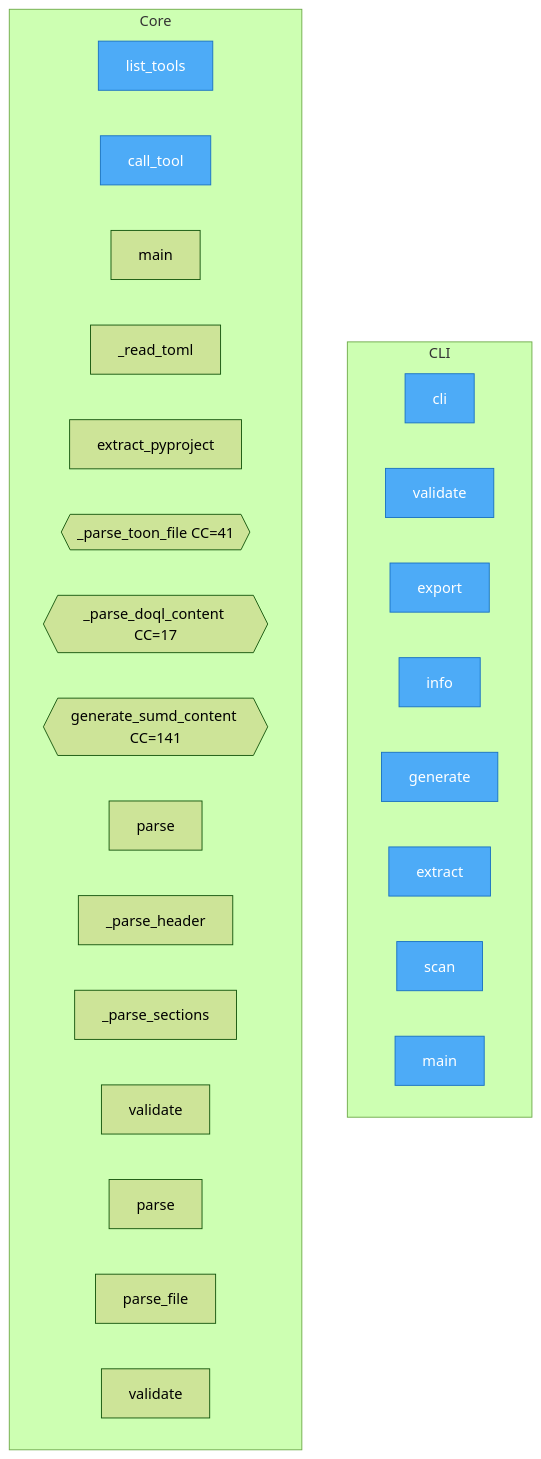
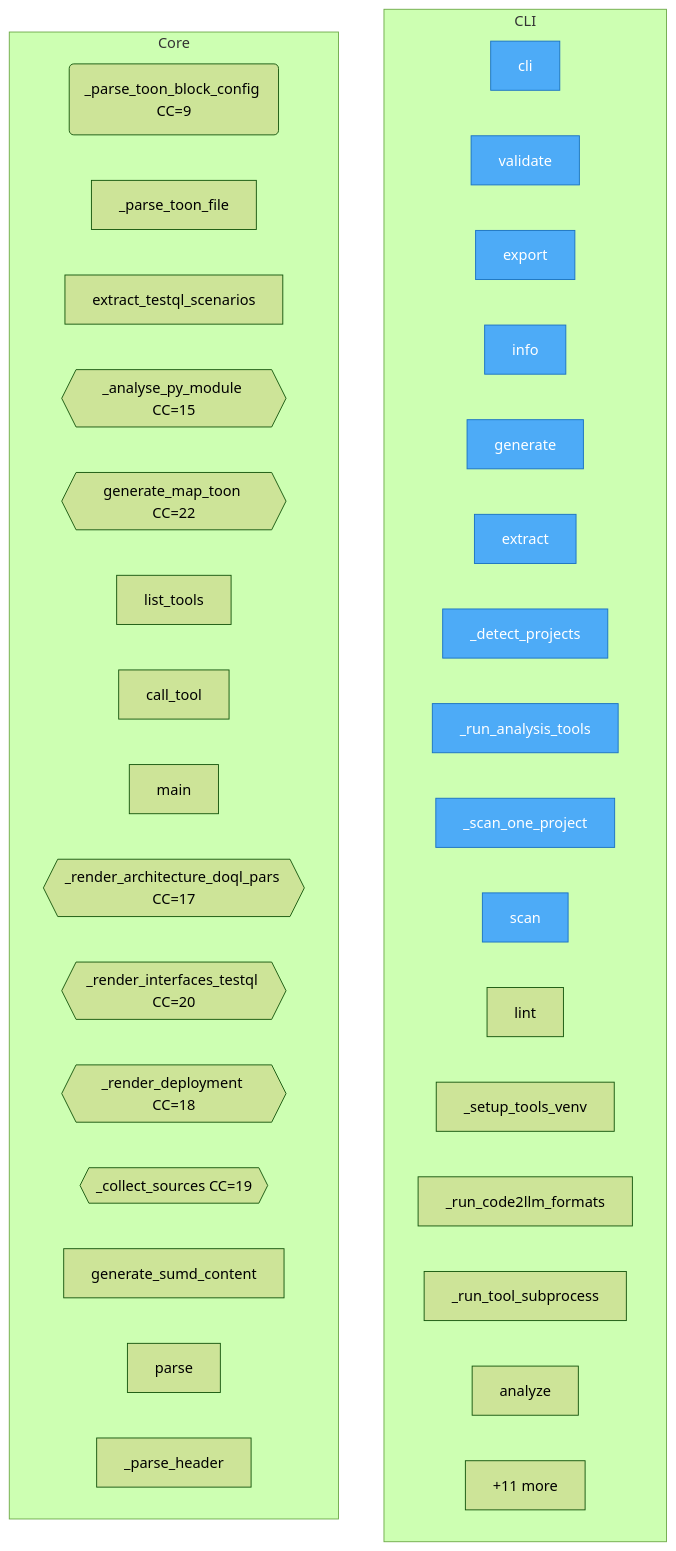
The diagram in project/flow.mmd (oqlos/statement), drawn with Mermaid (forest theme) before and after one commit. The commit also changed 36 other files, not shown here.

```diff
--- a/project/flow.mmd
+++ b/project/flow.mmd
@@ -1,35 +1,44 @@
 flowchart TD
 
     %% Entry points (blue)
     classDef entry fill:#4dabf7,stroke:#1971c2,color:#fff
 
     subgraph CLI
         sumd__cli__cli["cli"]
         sumd__cli__validate["validate"]
         sumd__cli__export["export"]
         sumd__cli__info["info"]
         sumd__cli__generate["generate"]
         sumd__cli__extract["extract"]
+        sumd__cli___detect_projects["_detect_projects"]
+        sumd__cli___run_analysis_tools["_run_analysis_tools"]
+        sumd__cli___scan_one_project["_scan_one_project"]
         sumd__cli__scan["scan"]
-        sumd__cli__main["main"]
+        sumd__cli__lint["lint"]
+        sumd__cli___setup_tools_venv["_setup_tools_venv"]
+        sumd__cli___run_code2llm_formats["_run_code2llm_formats"]
+        sumd__cli___run_tool_subprocess["_run_tool_subprocess"]
+        sumd__cli__analyze["analyze"]
+        ...["+7 more"]
     end
 
     subgraph Core
+        sumd__toon_parser___parse_toon_block_config("_parse_toon_block_config CC=9")
+        sumd__toon_parser___parse_toon_file["_parse_toon_file"]
+        sumd__toon_parser__extract_testql_scenarios["extract_testql_scenarios"]
+        sumd__extractor___analyse_py_module{{_analyse_py_module CC=15}}
+        sumd__extractor__generate_map_toon{{generate_map_toon CC=22}}
         sumd__mcp_server__list_tools["list_tools"]
         sumd__mcp_server__call_tool["call_tool"]
         sumd__mcp_server__main["main"]
-        sumd__generator___read_toml["_read_toml"]
-        sumd__generator__extract_pyproject["extract_pyproject"]
-        sumd__generator___parse_toon_file{{_parse_toon_file CC=41}}
-        sumd__generator___parse_doql_content{{_parse_doql_content CC=17}}
-        sumd__generator__generate_sumd_content{{generate_sumd_content CC=141}}
+        sumd__renderer___render_architecture_doql_parsed{{_render_architecture_doql_pars CC=17}}
+        sumd__renderer___render_interfaces_testql{{_render_interfaces_testql CC=20}}
+        sumd__renderer___render_deployment{{_render_deployment CC=18}}
+        sumd__renderer___collect_sources{{_collect_sources CC=19}}
+        sumd__renderer__generate_sumd_content["generate_sumd_content"]
         sumd__parser__SUMDParser__parse["parse"]
         sumd__parser__SUMDParser___parse_header["_parse_header"]
-        sumd__parser__SUMDParser___parse_sections["_parse_sections"]
-        sumd__parser__SUMDParser__validate["validate"]
-        sumd__parser__parse["parse"]
-        sumd__parser__parse_file["parse_file"]
-        sumd__parser__validate["validate"]
+        ...["+11 more"]
     end
 
-    class sumd__cli__cli,sumd__cli__validate,sumd__cli__export,sumd__cli__info,sumd__cli__generate,sumd__cli__extract,sumd__cli__scan,sumd__cli__main,sumd__mcp_server__list_tools,sumd__mcp_server__call_tool entry
+    class sumd__cli__cli,sumd__cli__validate,sumd__cli__export,sumd__cli__info,sumd__cli__generate,sumd__cli__extract,sumd__cli___detect_projects,sumd__cli___run_analysis_tools,sumd__cli___scan_one_project,sumd__cli__scan entry
```
